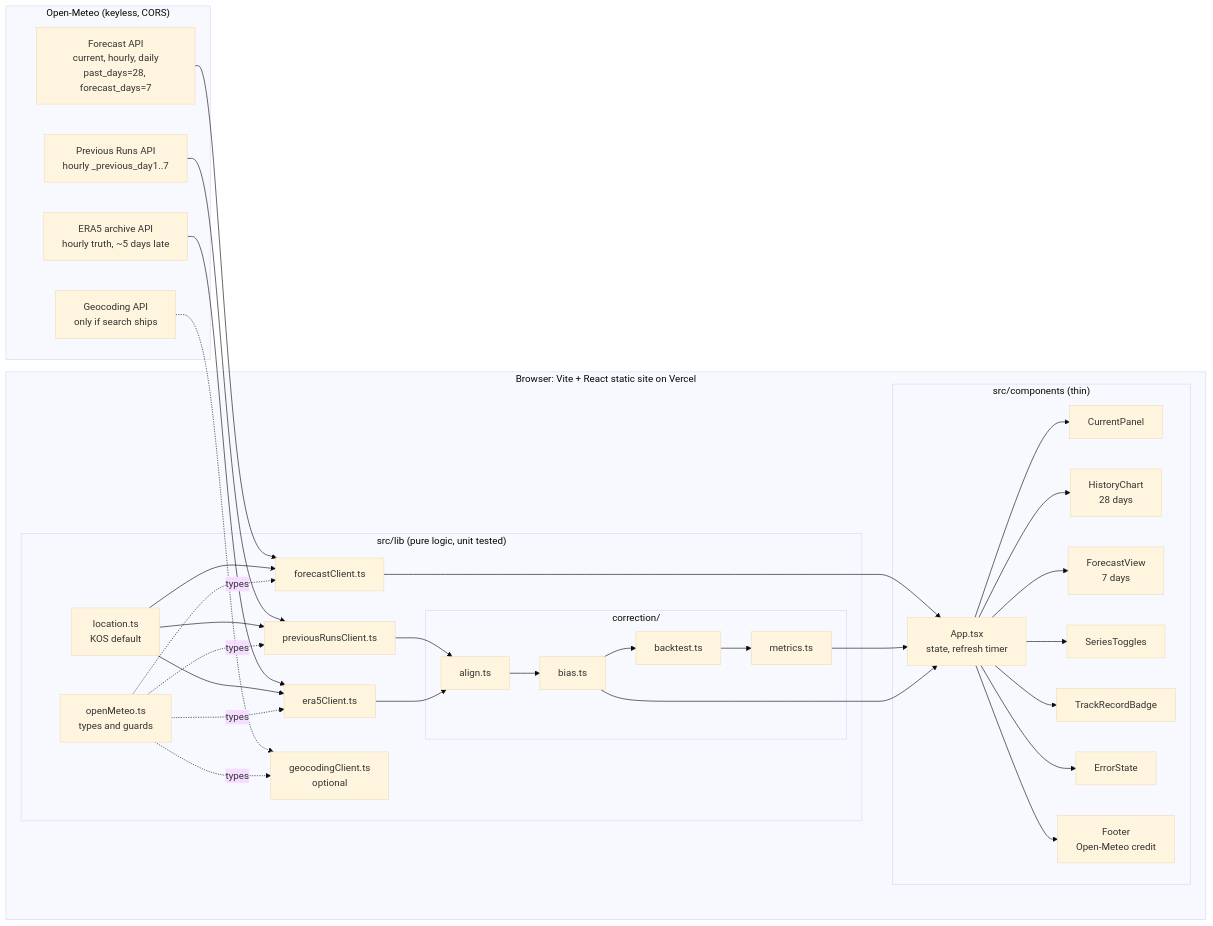
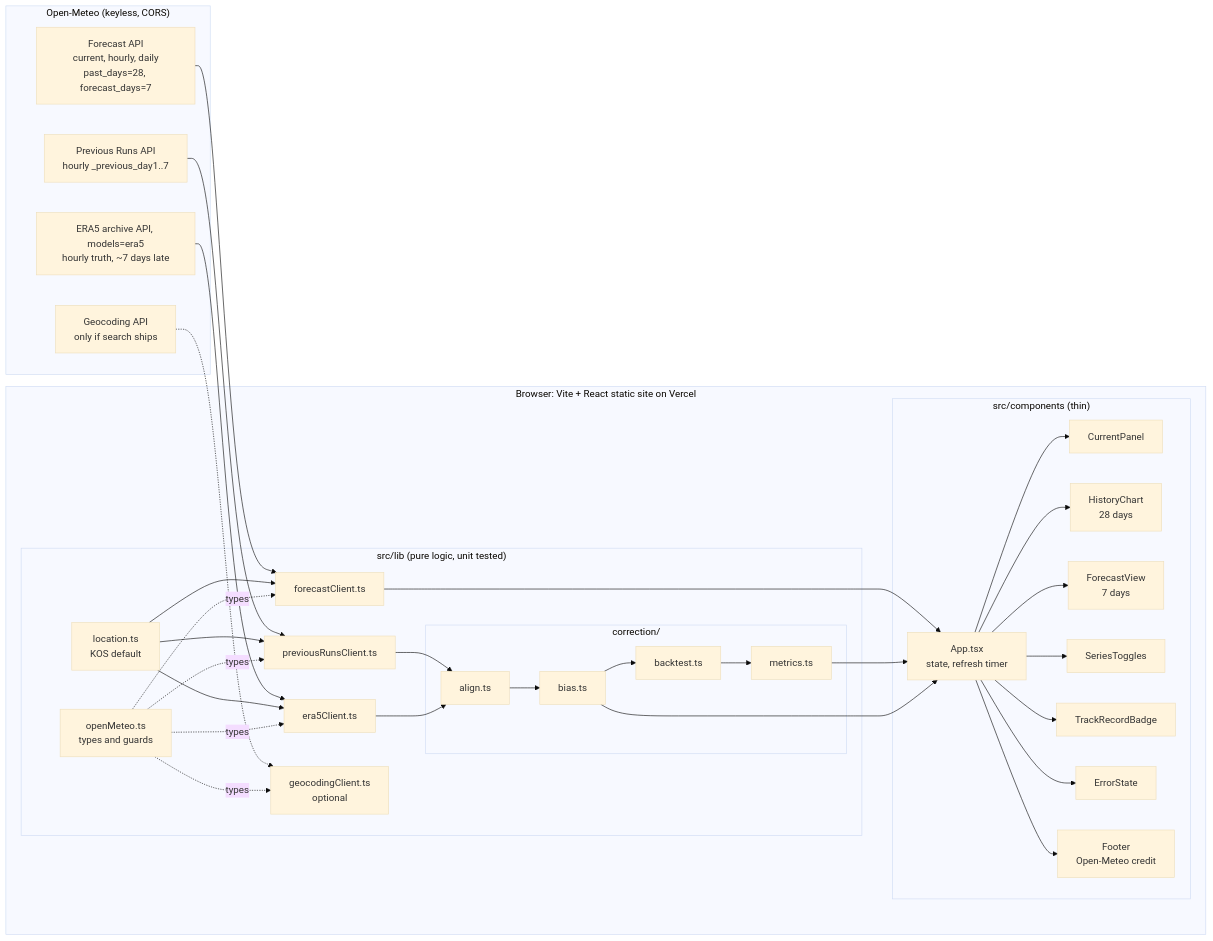
One commit to pikionis/Weather-Quick changed the first of 4 diagrams in docs/architecture.md. Above: the diagram before and after it, drawn with Mermaid (base theme). The commit also changed other lines of this file and 7 other files, not shown here.

````diff
--- a/docs/architecture.md
+++ b/docs/architecture.md
@@ -9,50 +9,50 @@
 ```mermaid
 flowchart LR
   subgraph OM["Open-Meteo (keyless, CORS)"]
     FC["Forecast API<br/>current, hourly, daily<br/>past_days=28, forecast_days=7"]
     PR["Previous Runs API<br/>hourly _previous_day1..7"]
-    ERA["ERA5 archive API<br/>hourly truth, ~5 days late"]
+    ERA["ERA5 archive API, models=era5<br/>hourly truth, ~7 days late"]
     GEO["Geocoding API<br/>only if search ships"]
   end
 
   subgraph BR["Browser: Vite + React static site on Vercel"]
     subgraph LIB["src/lib (pure logic, unit tested)"]
       T["openMeteo.ts<br/>types and guards"]
       LOC["location.ts<br/>KOS default"]
       FCC["forecastClient.ts"]
       PRC["previousRunsClient.ts"]
       EC["era5Client.ts"]
       GC["geocodingClient.ts<br/>optional"]
       subgraph COR["correction/"]
         AL["align.ts"]
         BI["bias.ts"]
         BT["backtest.ts"]
         ME["metrics.ts"]
       end
     end
     subgraph UI["src/components (thin)"]
       APP["App.tsx<br/>state, refresh timer"]
       NOW["CurrentPanel"]
       HIS["HistoryChart<br/>28 days"]
       FV["ForecastView<br/>7 days"]
       TG["SeriesToggles"]
       BD["TrackRecordBadge"]
       ER["ErrorState"]
       FT["Footer<br/>Open-Meteo credit"]
     end
   end
 
   FC --> FCC
   PR --> PRC
   ERA --> EC
   GEO -.-> GC
   LOC --> FCC & PRC & EC
   T -. types .-> FCC & PRC & EC & GC
   PRC --> AL
   EC --> AL
   AL --> BI --> BT --> ME
   FCC --> APP
   ME --> APP
   BI --> APP
   APP --> NOW & HIS & FV & TG & BD & ER & FT
 ```
````
